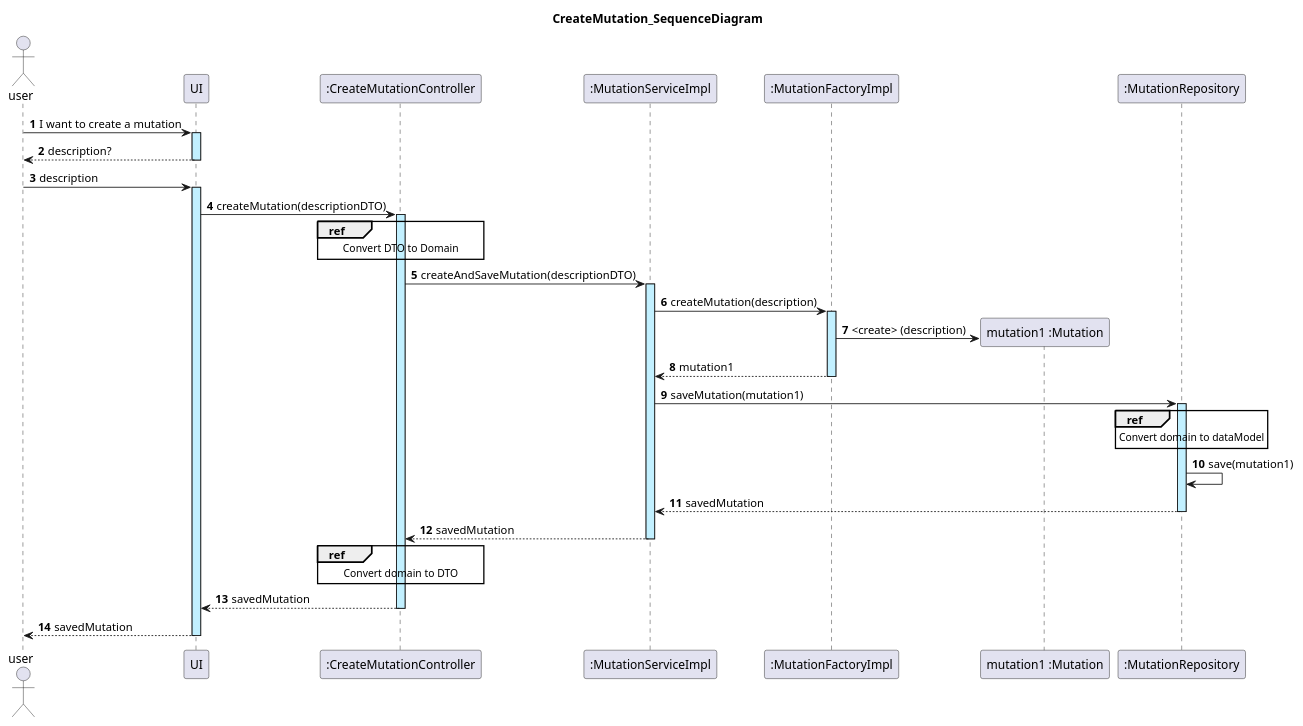
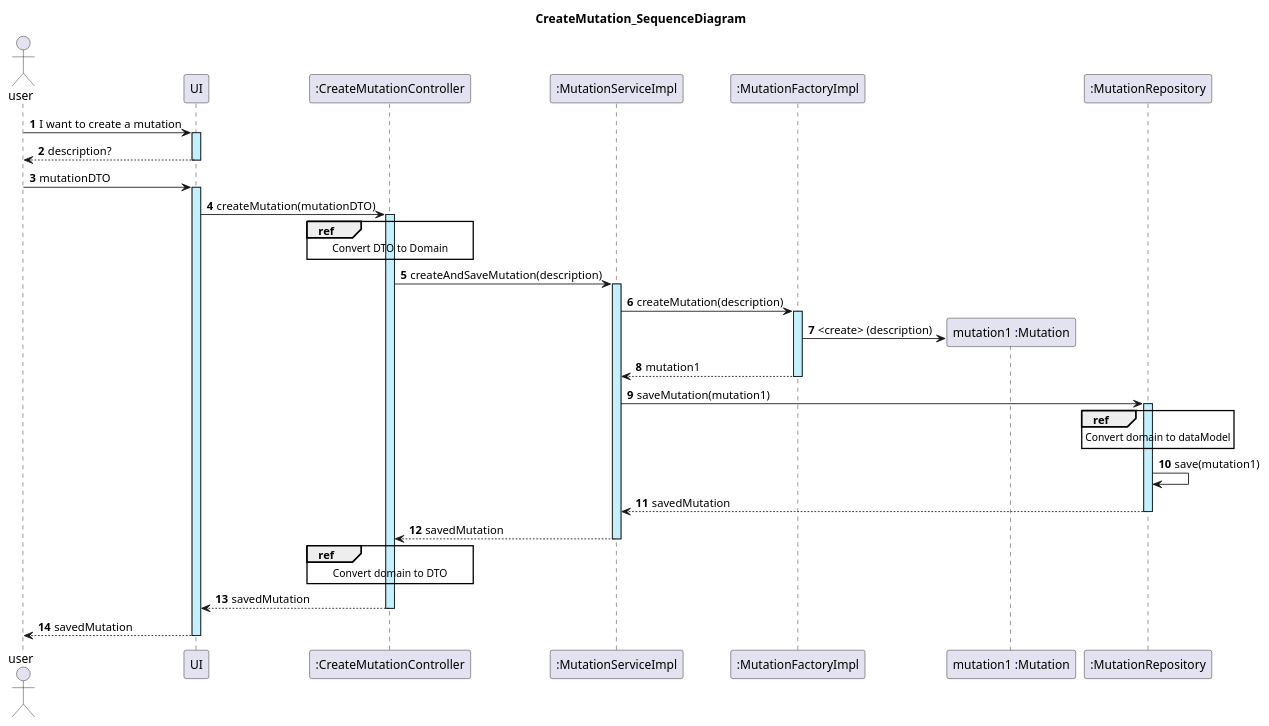
The diagram in docs/mutation/createMutation.puml (rubenrocha26/bms-backend-ddd), drawn with PlantUML before and after one commit. The commit also changed 1 other file, not shown here.

Commit message:
Create Bird Diagram

```diff
--- a/docs/mutation/createMutation.puml
+++ b/docs/mutation/createMutation.puml
@@ -1,35 +1,35 @@
 @startuml
 actor user
 autonumber
 
 title: CreateMutation_SequenceDiagram
 
 user -> UI ++ #application : I want to create a mutation
 UI --> user -- : description?
-user -> UI ++ #application : description
-UI -> ":CreateMutationController" as CMC ++ #application : createMutation(descriptionDTO)
+user -> UI ++ #application : mutationDTO
+UI -> ":CreateMutationController" as CMC ++ #application : createMutation(mutationDTO)
 ref over CMC
     Convert DTO to Domain
 end ref
-CMC -> ":MutationServiceImpl" as MS ++ #application : createAndSaveMutation(descriptionDTO)
+CMC -> ":MutationServiceImpl" as MS ++ #application : createAndSaveMutation(description)
 MS -> ":MutationFactoryImpl" as MF ++ #application : createMutation(description)
 
 create "mutation1 :Mutation" as MT
 MF -> MT : <create> (description)
 MF --> MS -- : mutation1
 
 MS -> ":MutationRepository" as MR ++ #application : saveMutation(mutation1)
 ref over MR
     Convert domain to dataModel
 end ref
 MR -> MR : save(mutation1)
 MR --> MS  -- : savedMutation
 
 MS --> CMC -- : savedMutation
 ref over CMC
     Convert domain to DTO
 end ref
 CMC --> UI -- : savedMutation
 UI --> user -- : savedMutation
 
 @enduml
```
